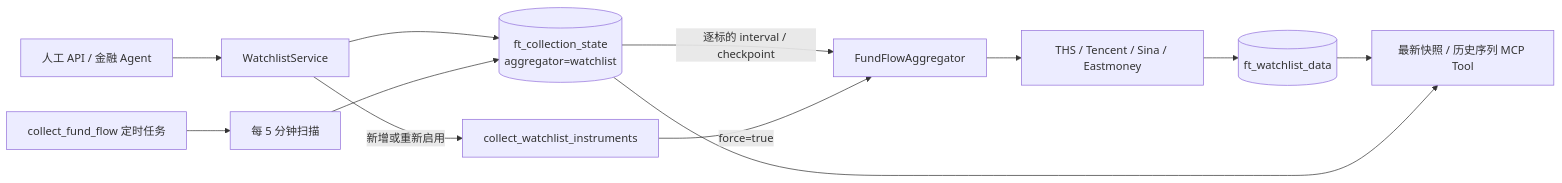
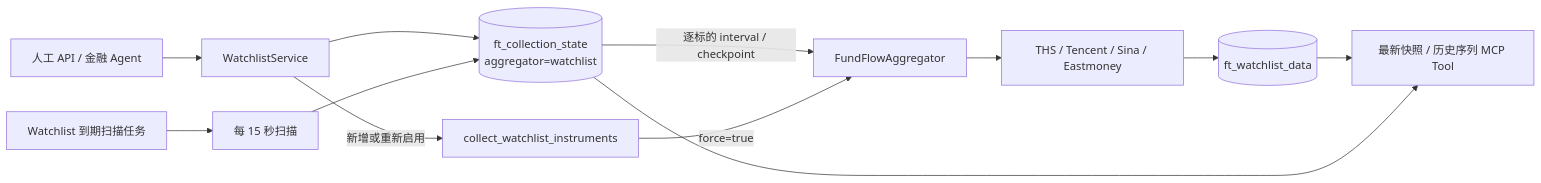
Before and after one commit to qiyuebuku/frida-test: the diagram in smart-fund-server/docs/3. 实施方案/2. 数据聚合/3. 资金流聚合.md, drawn with Mermaid. The commit also changed other lines of this file and 344 other files, not shown here.

````diff
--- a/smart-fund-server/docs/3. 实施方案/2. 数据聚合/3. 资金流聚合.md
+++ b/smart-fund-server/docs/3. 实施方案/2. 数据聚合/3. 资金流聚合.md
@@ -35,14 +35,14 @@
 ```mermaid
 flowchart LR
     A[人工 API / 金融 Agent] --> B[WatchlistService]
     B --> C[(ft_collection_state<br/>aggregator=watchlist)]
     B -->|新增或重新启用| D[collect_watchlist_instruments]
-    E[collect_fund_flow 定时任务] --> F[每 5 分钟扫描]
+    E[Watchlist 到期扫描任务] --> F[每 15 秒扫描]
     F --> C
     C -->|逐标的 interval / checkpoint| G[FundFlowAggregator]
     D -->|force=true| G
     G --> H[THS / Tencent / Sina / Eastmoney]
     H --> I[(ft_watchlist_data)]
     I --> J[最新快照 / 历史序列 MCP Tool]
     C --> J
 ```
````
